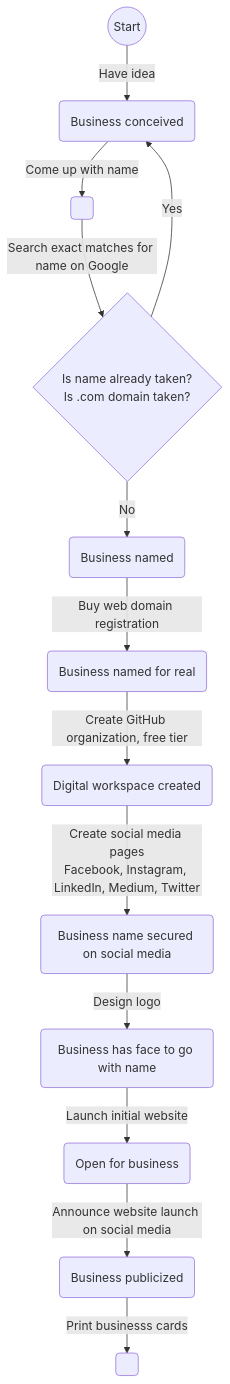
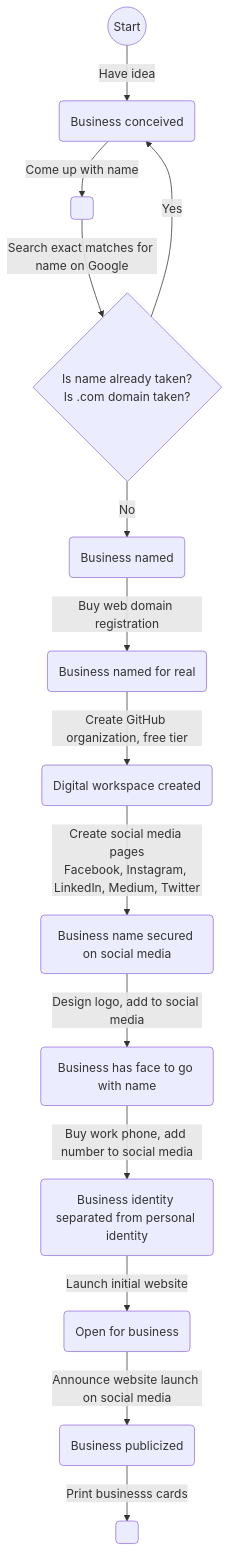
The diagram in bizdev-flowchart.md (OttawaNerdCorp/blog), drawn with Mermaid before and after one commit.

Commit message:
Add work phone

````diff
--- a/bizdev-flowchart.md
+++ b/bizdev-flowchart.md
@@ -1,16 +1,17 @@
 ```mermaid
 flowchart TB
     s0((Start)) -- Have idea --> s1(Business conceived)
     s1 -- Come up with name --> s2( )
     s2 -- Search exact matches for name on Google --> s3
     s3{Is name already taken?<br>Is .com domain taken?}
     s3 -- Yes --> s1
     s3 -- No --> s4(Business named)
     s4 -- Buy web domain registration --> s5(Business named for real)
     s5 -- Create GitHub organization, free tier--> s6(Digital workspace created)
     s6 -- Create social media pages<br>Facebook, Instagram, LinkedIn, Medium, Twitter --> s7(Business name secured on social media)
-    s7 -- Design logo --> s8(Business has face to go with name)
-    s8 -- Launch initial website --> s9(Open for business)
-    s9 -- Announce website launch on social media --> s10(Business publicized)
-    s10 -- Print businesss cards --> s11( )
+    s7 -- Design logo, add to social media --> s8(Business has face to go with name)
+    s8 -- Buy work phone, add number to social media --> s9(Business identity separated from personal identity)
+    s9 -- Launch initial website --> s10(Open for business)
+    s10 -- Announce website launch on social media --> s11(Business publicized)
+    s11 -- Print businesss cards --> s12( )
 ```
````
